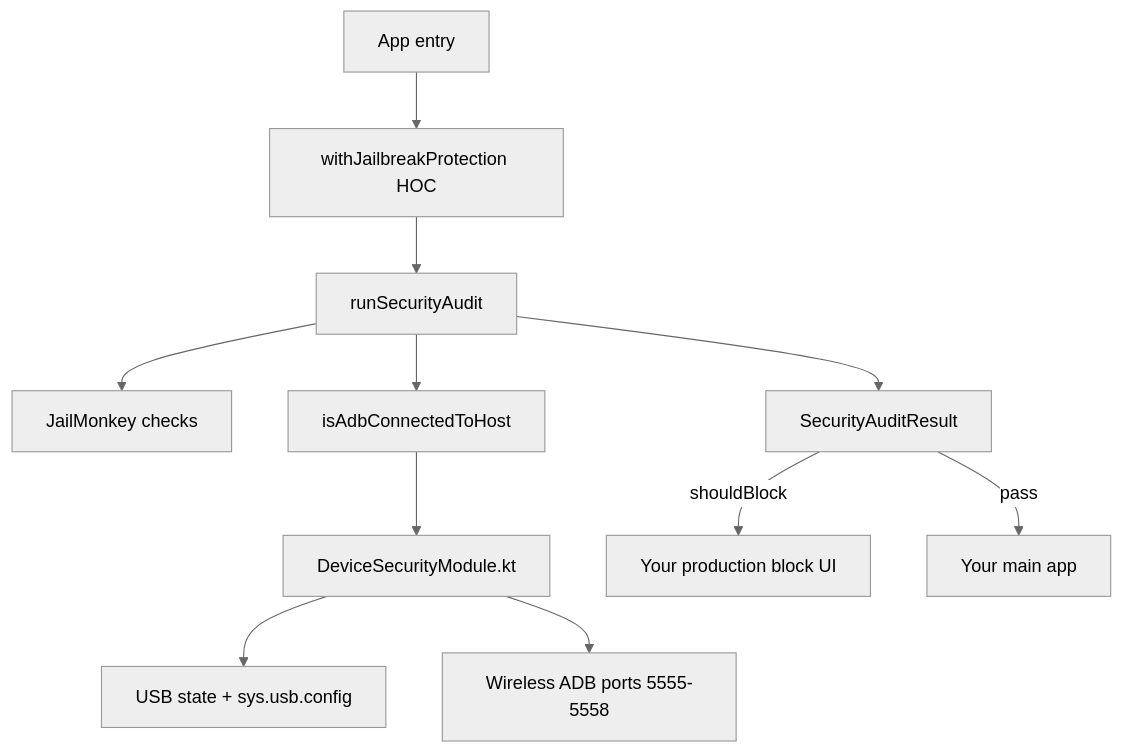
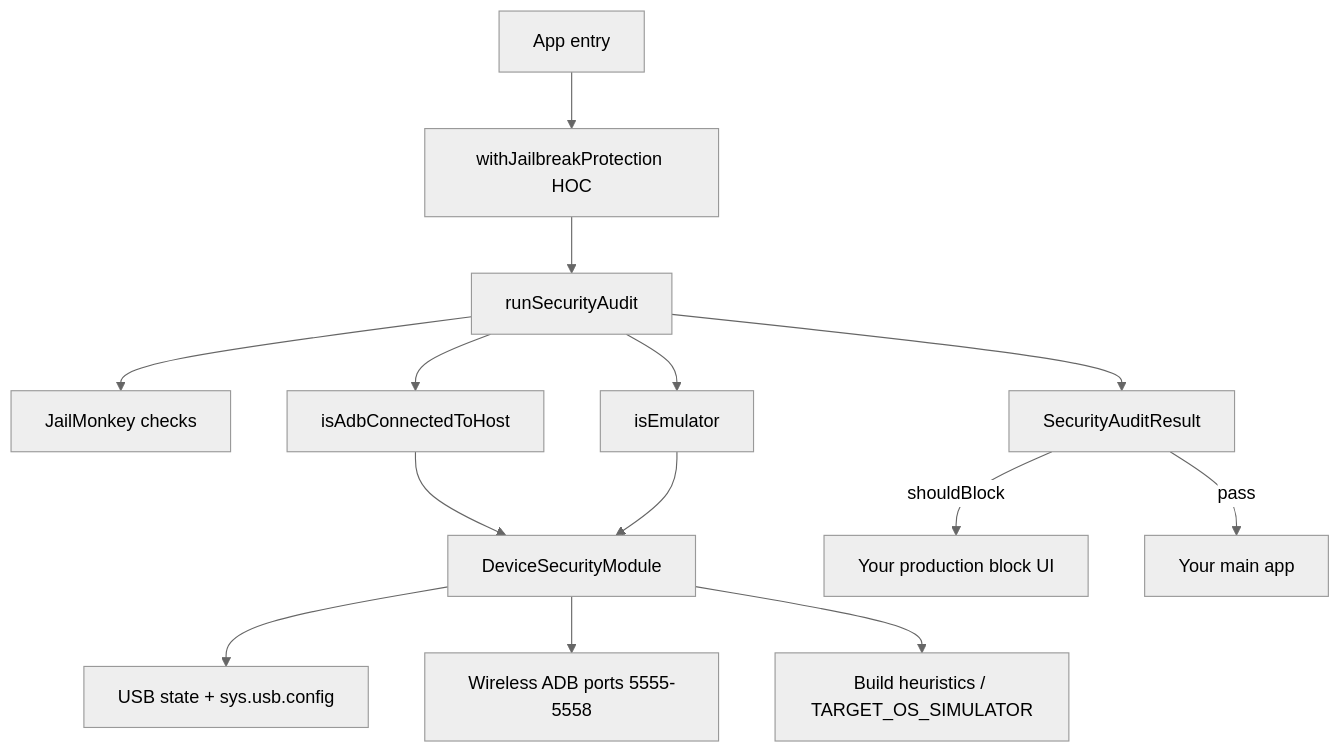
One commit to pcpdevmob/adbConnectUtility changed the diagram in src/security/PRODUCTION_MIGRATION.md. Above: the diagram before and after it, drawn with Mermaid (neutral theme). The commit also changed other lines of this file and 9 other files, not shown here.

Commit message:
fix : Emulator and ADB detection

````diff
--- a/src/security/PRODUCTION_MIGRATION.md
+++ b/src/security/PRODUCTION_MIGRATION.md
@@ -27,13 +30,16 @@
 ```mermaid
 flowchart TD
   appEntry[App entry] --> hoc[withJailbreakProtection HOC]
   hoc --> audit[runSecurityAudit]
   audit --> jm[JailMonkey checks]
   audit --> adb[isAdbConnectedToHost]
-  adb --> native[DeviceSecurityModule.kt]
+  audit --> emu[isEmulator]
+  adb --> native[DeviceSecurityModule]
+  emu --> native
   native --> usb[USB state + sys.usb.config]
   native --> wifi[Wireless ADB ports 5555-5558]
+  native --> sim[Build heuristics / TARGET_OS_SIMULATOR]
   audit --> result[SecurityAuditResult]
   result -->|shouldBlock| prodUI[Your production block UI]
   result -->|pass| mainApp[Your main app]
 ```
````
